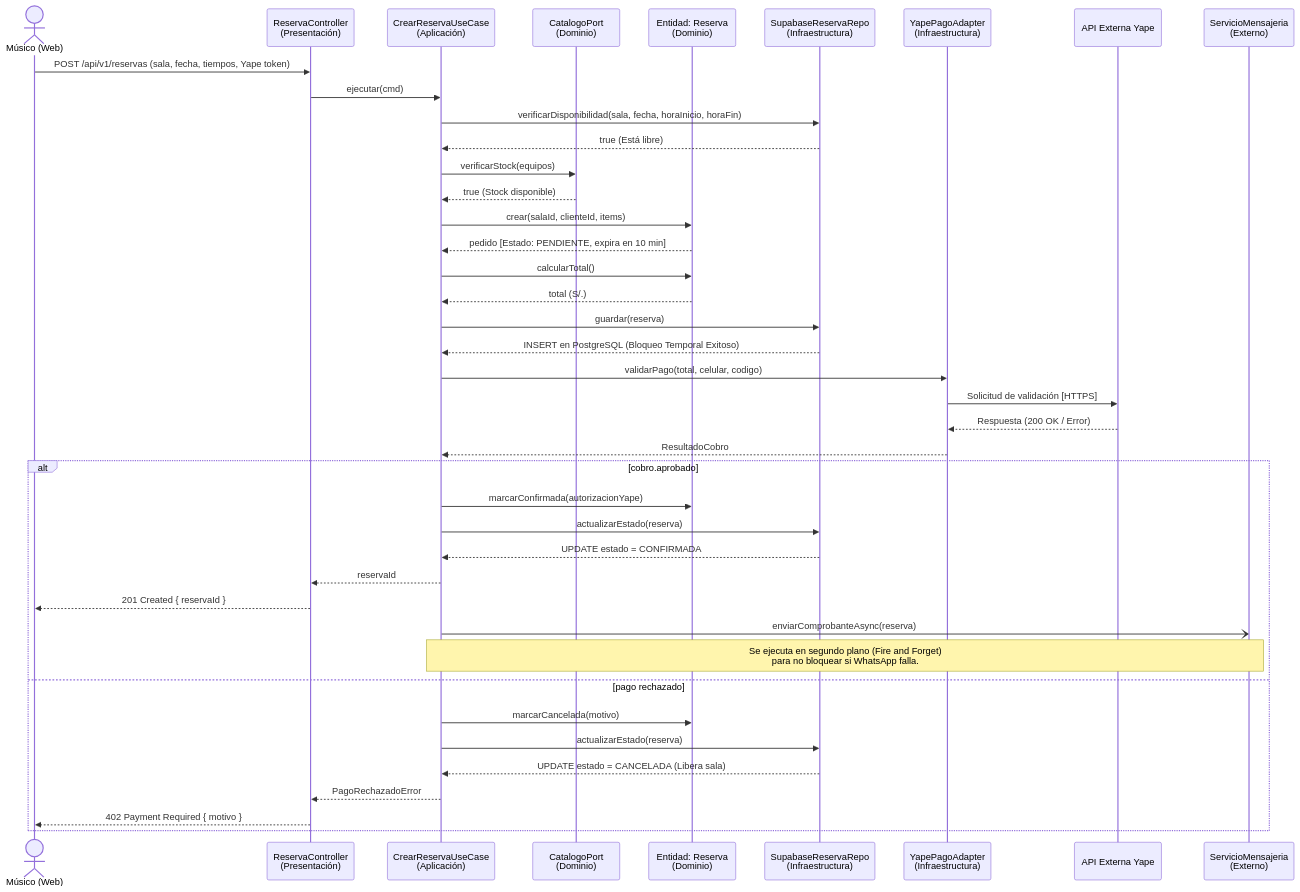
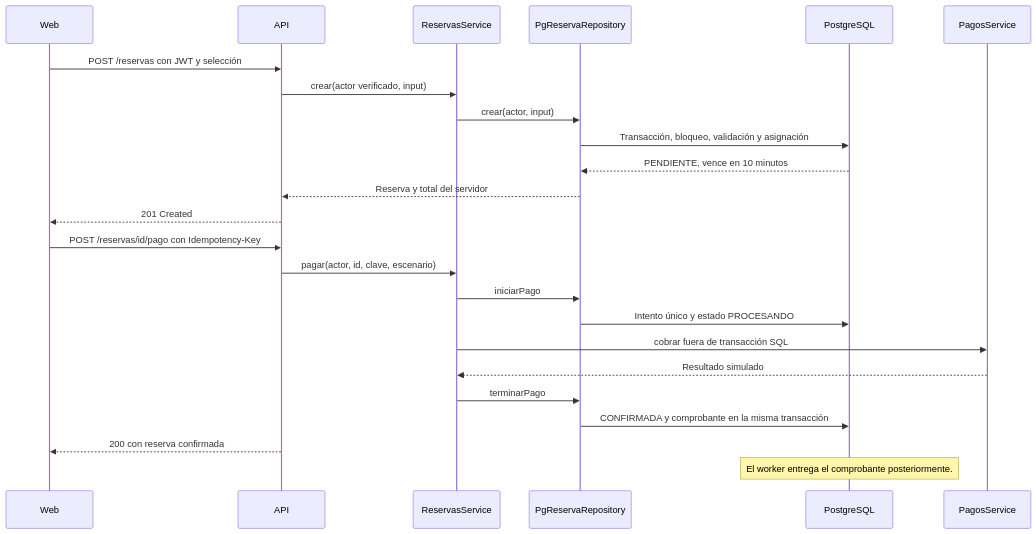
Before and after one commit to MancillaLui/app-reservas-salas-ayacucho: the second of 2 diagrams in 04-modelo-c4/nivel_4_diagrama_de_codigo.md, drawn with Mermaid. The commit also changed other lines of this file and 173 other files, not shown here.

````diff
--- a/04-modelo-c4/nivel_4_diagrama_de_codigo.md
+++ b/04-modelo-c4/nivel_4_diagrama_de_codigo.md
@@ -132,56 +47,26 @@
 ```mermaid
 sequenceDiagram
-    actor Cliente as Músico (Web)
-    participant C as ReservaController<br>(Presentación)
-    participant UC as CrearReservaUseCase<br>(Aplicación)
-    participant Catalogo as CatalogoPort<br>(Dominio)
-    participant R as Entidad: Reserva<br>(Dominio)
-    participant Repo as SupabaseReservaRepo<br>(Infraestructura)
-    participant Pago as YapePagoAdapter<br>(Infraestructura)
-    participant Yape as API Externa Yape
-    participant Msg as ServicioMensajeria<br>(Externo)
-
-    Cliente->>C: POST /api/v1/reservas (sala, fecha, tiempos, Yape token)
-    C->>UC: ejecutar(cmd)
-    
-    %% Regla de Overbooking
-    UC->>Repo: verificarDisponibilidad(sala, fecha, horaInicio, horaFin)
-    Repo-->>UC: true (Está libre)
-    
-    %% Verificación de Stock de Equipos Extra
-    UC->>Catalogo: verificarStock(equipos)
-    Catalogo-->>UC: true (Stock disponible)
-
-    %% Creación de Entidad
-    UC->>R: crear(salaId, clienteId, items)
-    R-->>UC: pedido [Estado: PENDIENTE, expira en 10 min]
-    UC->>R: calcularTotal()
-    R-->>UC: total (S/.)
-
-    %% Bloqueo Preventivo Transaccional
-    UC->>Repo: guardar(reserva)
-    Repo-->>UC: INSERT en PostgreSQL (Bloqueo Temporal Exitoso)
-    
-    %% Proceso de Pago
-    UC->>Pago: validarPago(total, celular, codigo)
-    Pago->>Yape: Solicitud de validación [HTTPS]
-    Yape-->>Pago: Respuesta (200 OK / Error)
-    Pago-->>UC: ResultadoCobro
-    
-    %% Resolución de Guardado
-    alt cobro.aprobado
-        UC->>R: marcarConfirmada(autorizacionYape)
-        UC->>Repo: actualizarEstado(reserva)
-        Repo-->>UC: UPDATE estado = CONFIRMADA
-        UC-->>C: reservaId
-        C-->>Cliente: 201 Created { reservaId }
-        UC-)Msg: enviarComprobanteAsync(reserva)
-        Note over UC,Msg: Se ejecuta en segundo plano (Fire and Forget)<br>para no bloquear si WhatsApp falla.
-    else pago rechazado
-        UC->>R: marcarCancelada(motivo)
-        UC->>Repo: actualizarEstado(reserva)
-        Repo-->>UC: UPDATE estado = CANCELADA (Libera sala)
-        UC-->>C: PagoRechazadoError
-        C-->>Cliente: 402 Payment Required { motivo }
-    end
+    participant Web
+    participant API
+    participant S as ReservasService
+    participant R as PgReservaRepository
+    participant DB as PostgreSQL
+    participant P as PagosService
+    Web->>API: POST /reservas con JWT y selección
+    API->>S: crear(actor verificado, input)
+    S->>R: crear(actor, input)
+    R->>DB: Transacción, bloqueo, validación y asignación
+    DB-->>R: PENDIENTE, vence en 10 minutos
+    R-->>API: Reserva y total del servidor
+    API-->>Web: 201 Created
+    Web->>API: POST /reservas/id/pago con Idempotency-Key
+    API->>S: pagar(actor, id, clave, escenario)
+    S->>R: iniciarPago
+    R->>DB: Intento único y estado PROCESANDO
+    S->>P: cobrar fuera de transacción SQL
+    P-->>S: Resultado simulado
+    S->>R: terminarPago
+    R->>DB: CONFIRMADA y comprobante en la misma transacción
+    API-->>Web: 200 con reserva confirmada
+    Note over DB: El worker entrega el comprobante posteriormente.
 ```
````
